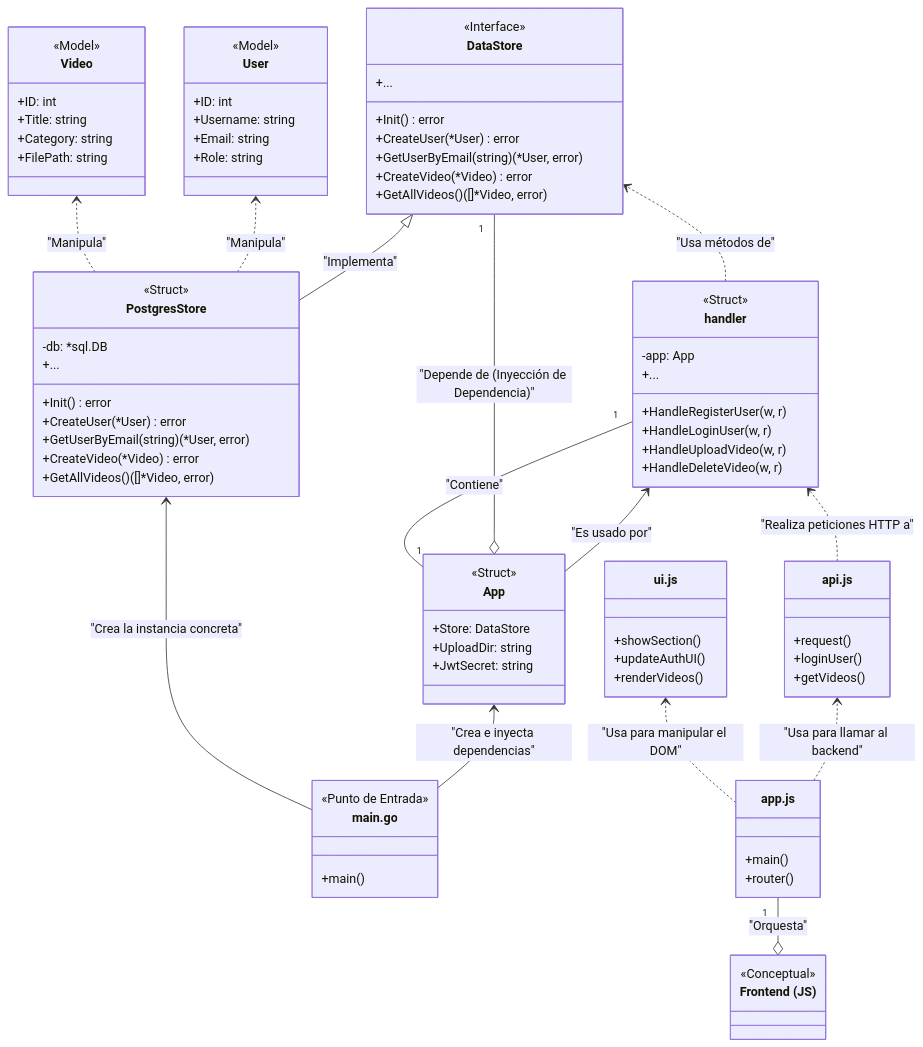
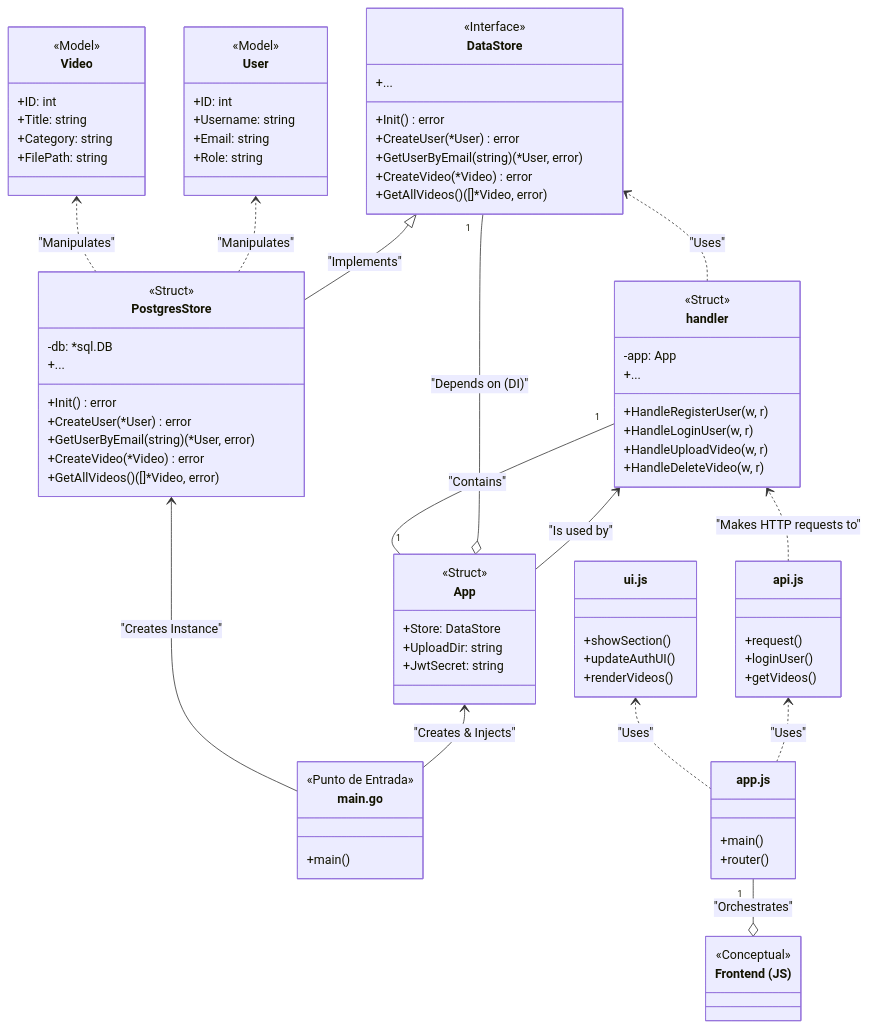
Before and after one commit to Missifus/streamvault: the diagram in readme.md, drawn with Mermaid. The commit also changed other lines of this file, not shown here.

````diff
--- a/readme.md
+++ b/readme.md
@@ -152,19 +152,19 @@
         +main()
     }
     
-    main_go --> App : "Crea e inyecta dependencias"
-    main_go --> PostgresStore : "Crea la instancia concreta"
+    main_go --> App : "Creates & Injects"
+    main_go --> PostgresStore : "Creates Instance"
     
-    App --> handler : "Es usado por"
-    handler "1" -- "1" App : "Contiene"
+    App --> handler : "Is used by"
+    handler "1" -- "1" App : "Contains"
 
-    App o-- "1" DataStore : "Depende de (Inyección de Dependencia)"
+    App o-- "1" DataStore : "Depends on (DI)"
     
-    PostgresStore --|> DataStore : "Implementa"
+    PostgresStore --|> DataStore : "Implements"
     
-    handler ..> DataStore : "Usa métodos de"
-    PostgresStore ..> User : "Manipula"
-    PostgresStore ..> Video : "Manipula"
+    handler ..> DataStore : "Uses"
+    PostgresStore ..> User : "Manipulates"
+    PostgresStore ..> Video : "Manipulates"
 
     class Frontend_JS["Frontend (JS)"] {
         <<Conceptual>>
@@ -187,10 +187,10 @@
         +renderVideos()
     }
 
-    Frontend_JS o-- "1" app_js : "Orquesta"
-    app_js ..> api_js : "Usa para llamar al backend"
-    app_js ..> ui_js : "Usa para manipular el DOM"
+    Frontend_JS o-- "1" app_js : "Orchestrates"
+    app_js ..> api_js : "Uses"
+    app_js ..> ui_js : "Uses"
 
-    api_js ..> handler : "Realiza peticiones HTTP a"
+    api_js ..> handler : "Makes HTTP requests to"
     
-    ```
+  ```
````
